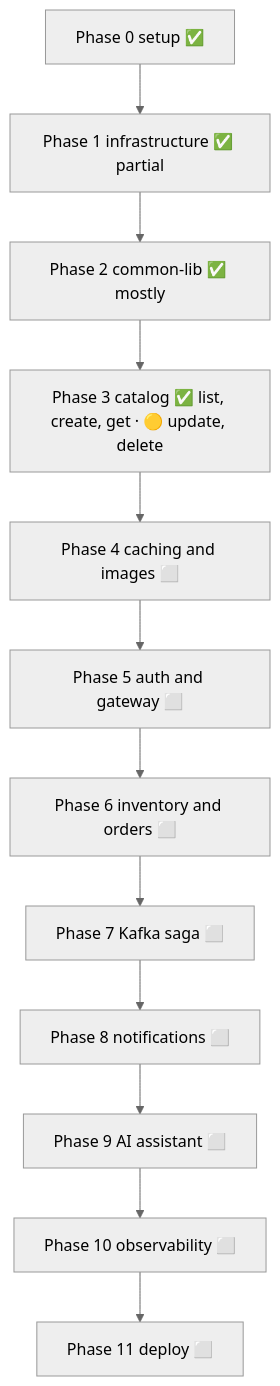
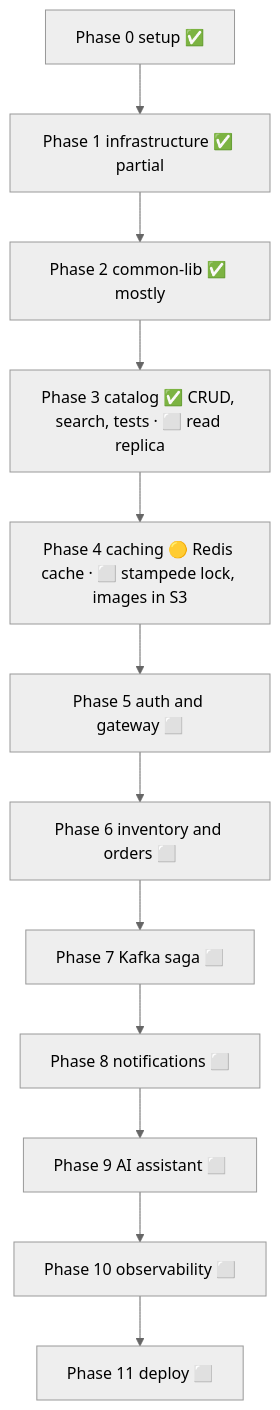
One commit to Chinu99380955899/e-commerce-microservices changed the second of 5 diagrams in docs/CONCEPTS.md. Above: the diagram before and after it, drawn with Mermaid (neutral theme). The commit also changed other lines of this file and 11 other files, not shown here.

First line of the commit message:
feat(catalog): Redis cache for product, list and search reads

````diff
--- a/docs/CONCEPTS.md
+++ b/docs/CONCEPTS.md
@@ -66,14 +66,14 @@
 ```mermaid
 flowchart TD
     P0[Phase 0 setup ✅] --> P1[Phase 1 infrastructure ✅ partial]
     P1 --> P2[Phase 2 common-lib ✅ mostly]
-    P2 --> P3[Phase 3 catalog ✅ list, create, get · 🟡 update, delete]
-    P3 --> P4[Phase 4 caching and images ⬜]
+    P2 --> P3[Phase 3 catalog ✅ CRUD, search, tests · ⬜ read replica]
+    P3 --> P4[Phase 4 caching 🟡 Redis cache · ⬜ stampede lock, images in S3]
     P4 --> P5[Phase 5 auth and gateway ⬜]
     P5 --> P6[Phase 6 inventory and orders ⬜]
     P6 --> P7[Phase 7 Kafka saga ⬜]
     P7 --> P8[Phase 8 notifications ⬜]
     P8 --> P9[Phase 9 AI assistant ⬜]
     P9 --> P10[Phase 10 observability ⬜]
     P10 --> P11[Phase 11 deploy ⬜]
 ```
````
